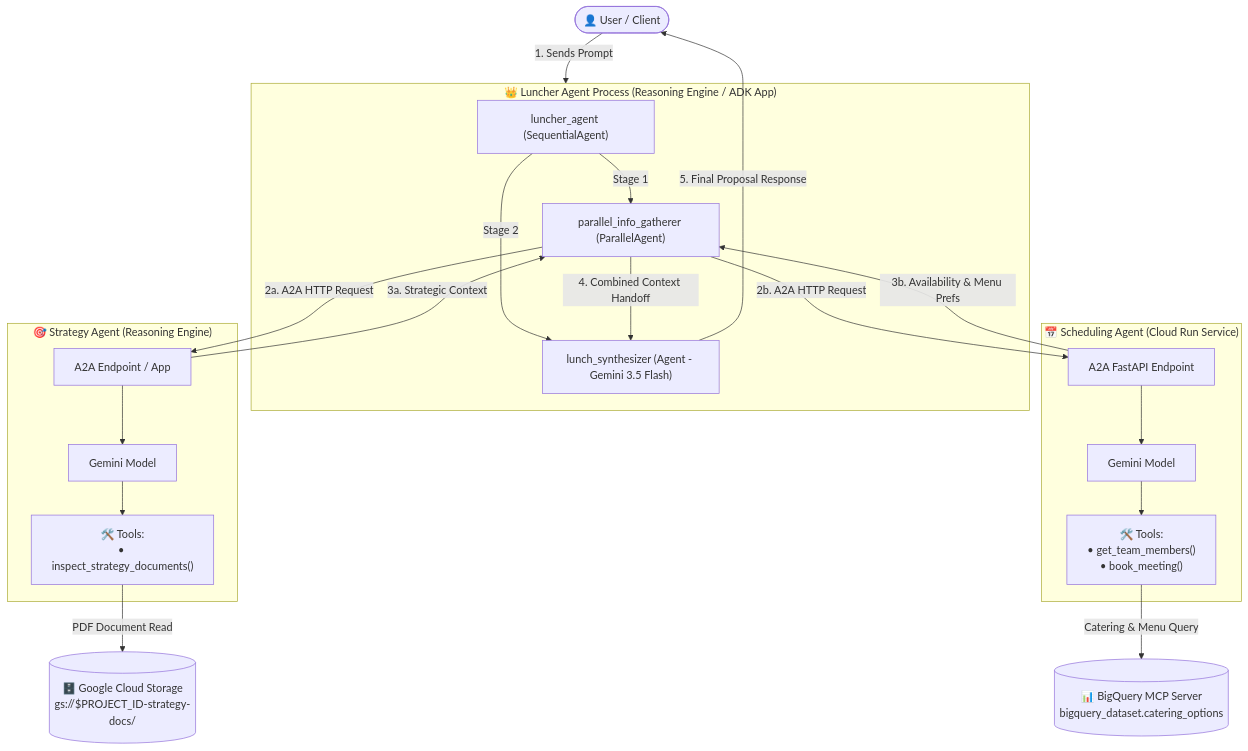
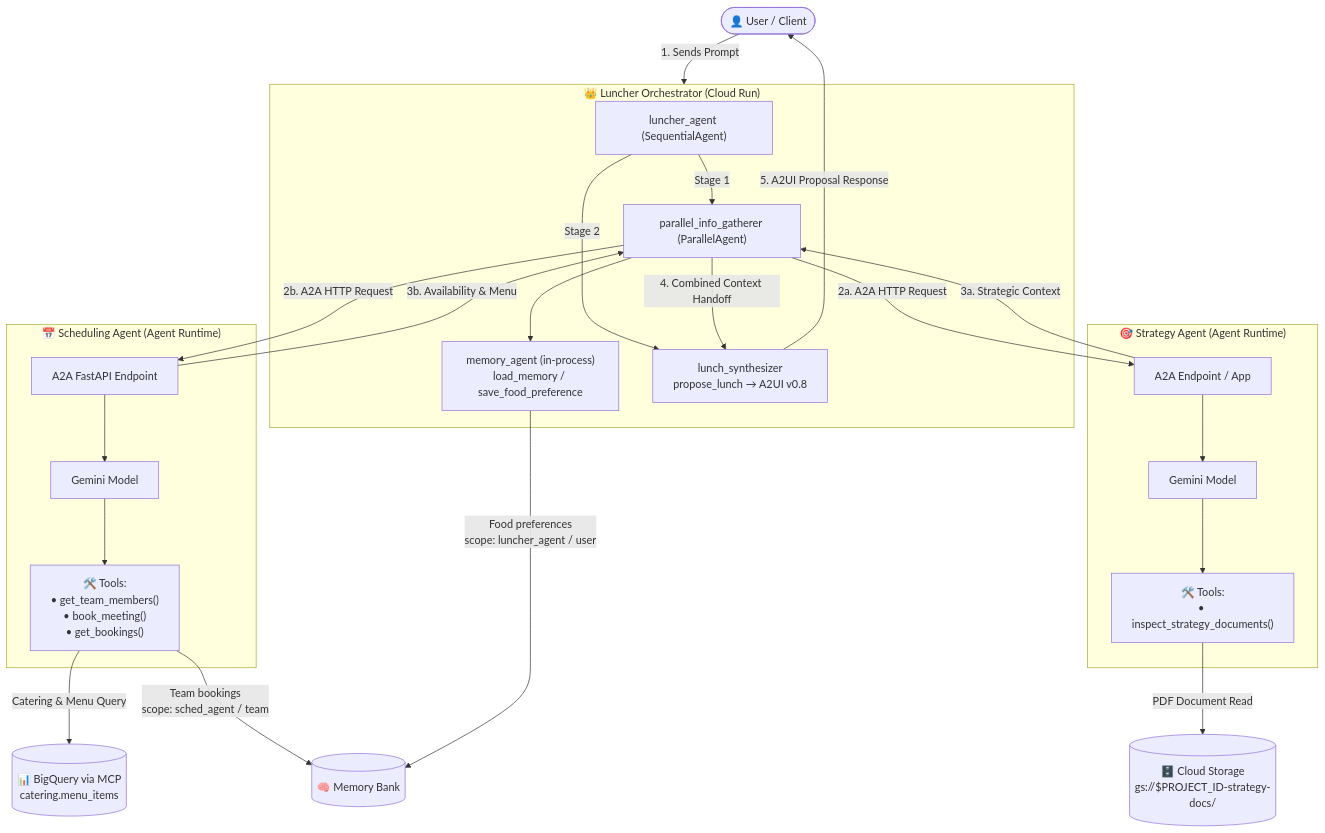
Before and after one commit to mbychkowski/luncher: the diagram in README.md, drawn with Mermaid. The commit also changed other lines of this file and 10 other files, not shown here.

First line of the commit message:
feat(scripts): provision the project and register with Gemini Enterprise

````diff
--- a/README.md
+++ b/README.md
@@ -22,44 +19,49 @@
 ```mermaid
 graph TD
     User(["👤 User / Client"]) -->|1. Sends Prompt| LuncherProcess
 
-    subgraph LuncherProcess ["👑 Luncher Agent Process (Reasoning Engine / ADK App)"]
+    subgraph LuncherProcess ["👑 Luncher Orchestrator (Cloud Run)"]
         LuncherSeq["luncher_agent (SequentialAgent)"]
         ParallelGatherer["parallel_info_gatherer (ParallelAgent)"]
-        Synthesizer["lunch_synthesizer (Agent - Gemini 3.5 Flash)"]
+        MemAgent["memory_agent (in-process)<br/>load_memory / save_food_preference"]
+        Synthesizer["lunch_synthesizer<br/>propose_lunch → A2UI v0.8"]
 
         LuncherSeq -->|Stage 1| ParallelGatherer
+        ParallelGatherer --> MemAgent
         LuncherSeq -->|Stage 2| Synthesizer
     end
 
-    subgraph StrategyAgent ["🎯 Strategy Agent (Reasoning Engine)"]
+    subgraph StrategyAgent ["🎯 Strategy Agent (Agent Runtime)"]
         StratA2A["A2A Endpoint / App"]
         StratLLM["Gemini Model"]
         StratTools["🛠️ Tools:<br/>• inspect_strategy_documents()"]
         StratA2A --> StratLLM
         StratLLM --> StratTools
     end
 
-    subgraph SchedAgent ["📅 Scheduling Agent (Cloud Run Service)"]
+    subgraph SchedAgent ["📅 Scheduling Agent (Agent Runtime)"]
         SchedA2A["A2A FastAPI Endpoint"]
         SchedLLM["Gemini Model"]
-        SchedTools["🛠️ Tools:<br/>• get_team_members()<br/>• book_meeting()"]
+        SchedTools["🛠️ Tools:<br/>• get_team_members()<br/>• book_meeting()<br/>• get_bookings()"]
         SchedA2A --> SchedLLM
         SchedLLM --> SchedTools
     end
 
-    GCS[("🗄️ Google Cloud Storage<br/>gs://$PROJECT_ID-strategy-docs/")]
-    BQ[("📊 BigQuery MCP Server<br/>bigquery_dataset.catering_options")]
+    GCS[("🗄️ Cloud Storage<br/>gs://$PROJECT_ID-strategy-docs/")]
+    BQ[("📊 BigQuery via MCP<br/>catering.menu_items")]
+    MemBank[("🧠 Memory Bank")]
 
     ParallelGatherer -->|2a. A2A HTTP Request| StratA2A
     ParallelGatherer -->|2b. A2A HTTP Request| SchedA2A
 
     StratTools -->|PDF Document Read| GCS
     SchedTools -->|Catering & Menu Query| BQ
+    SchedTools -->|Team bookings<br/>scope: sched_agent / team| MemBank
+    MemAgent -->|Food preferences<br/>scope: luncher_agent / user| MemBank
 
     StratA2A -->|3a. Strategic Context| ParallelGatherer
-    SchedA2A -->|3b. Availability & Menu Prefs| ParallelGatherer
+    SchedA2A -->|3b. Availability & Menu| ParallelGatherer
 
     ParallelGatherer -->|4. Combined Context Handoff| Synthesizer
-    Synthesizer -->|5. Final Proposal Response| User
+    Synthesizer -->|5. A2UI Proposal Response| User
 ```
````
